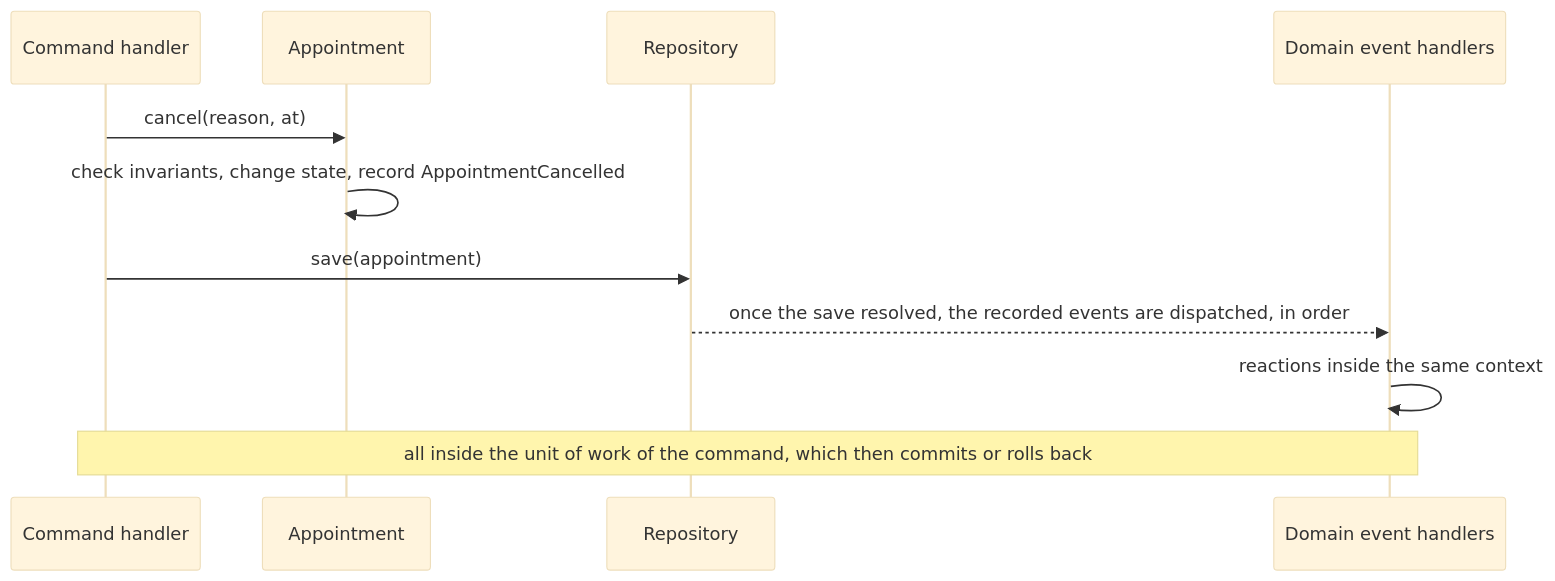
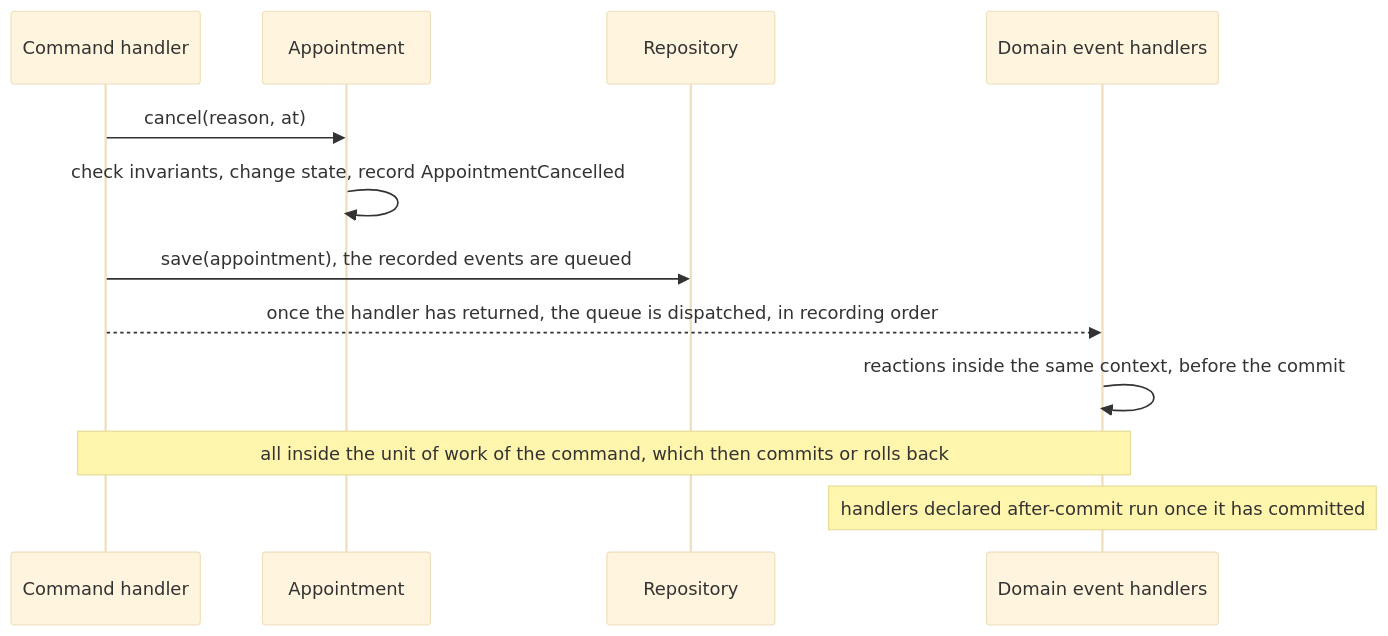
Before and after one commit to gbourgeat/ddd-ts-kit: the diagram in docs/concepts/domain-building-blocks.md, drawn with Mermaid (base theme). The commit also changed other lines of this file and 10 other files, not shown here.

Commit message:
docs: state when domain events are handled and what each phase guarantees

````diff
--- a/docs/concepts/domain-building-blocks.md
+++ b/docs/concepts/domain-building-blocks.md
@@ -36,13 +36,14 @@
 ```mermaid
 sequenceDiagram
   participant H as Command handler
   participant A as Appointment
   participant R as Repository
   participant D as Domain event handlers
   H->>A: cancel(reason, at)
   A->>A: check invariants, change state, record AppointmentCancelled
-  H->>R: save(appointment)
-  R-->>D: once the save resolved, the recorded events are dispatched, in order
-  D->>D: reactions inside the same context
+  H->>R: save(appointment), the recorded events are queued
+  H-->>D: once the handler has returned, the queue is dispatched, in recording order
+  D->>D: reactions inside the same context, before the commit
   Note over H,D: all inside the unit of work of the command, which then commits or rolls back
+  Note over D: handlers declared after-commit run once it has committed
 ```
````
